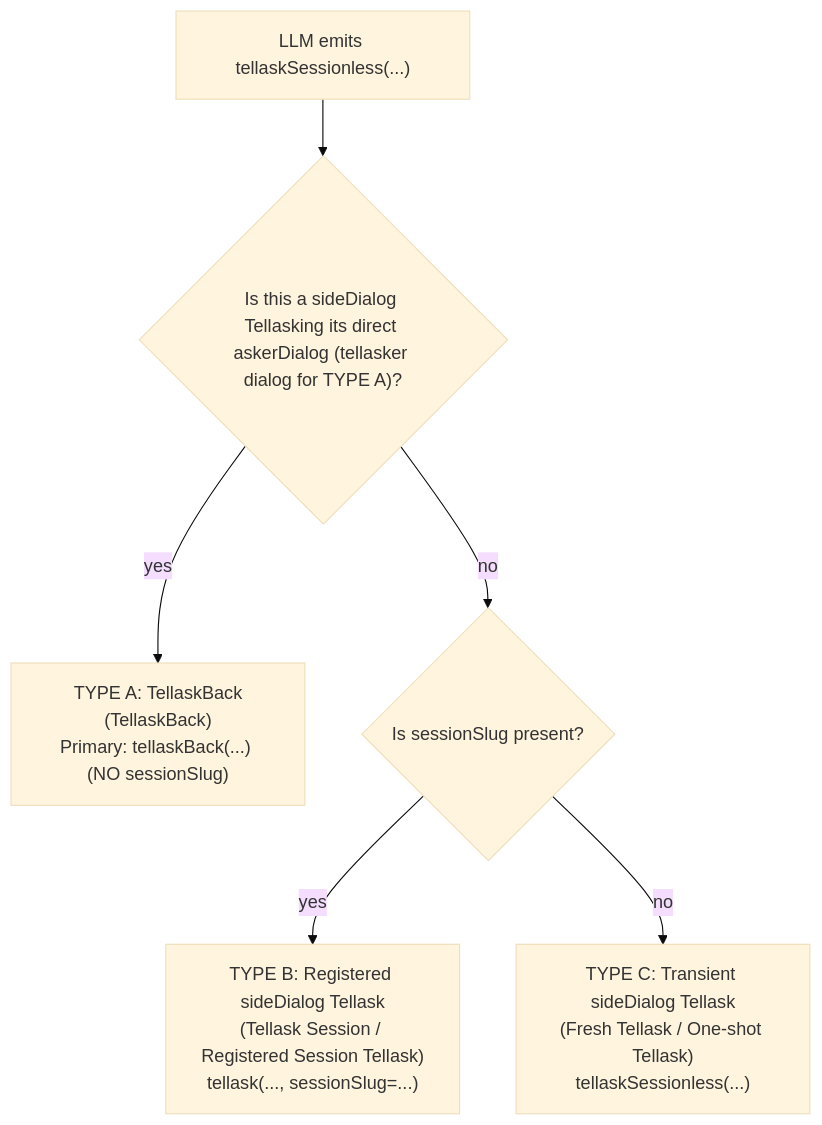
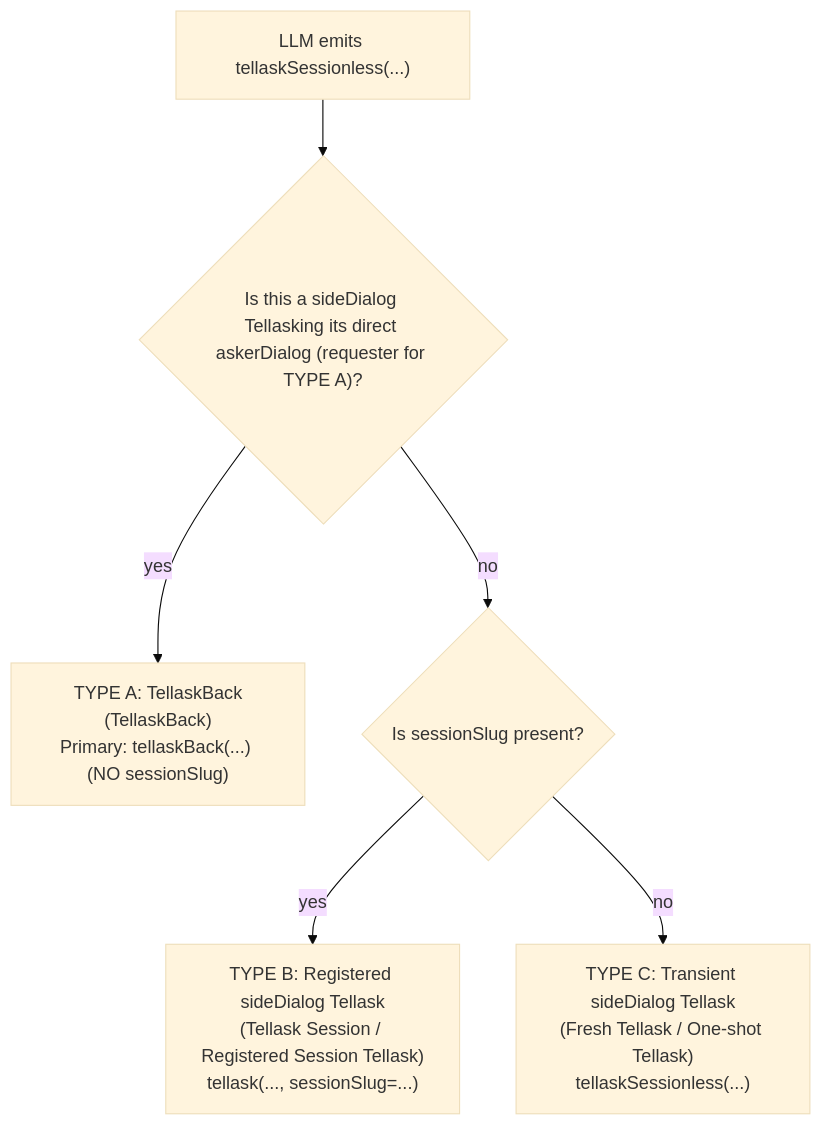
One commit to longrun-ai/dominds changed the first of 18 diagrams in docs/dialog-system.md. Above: the diagram before and after it, drawn with Mermaid (base theme). The commit also changed other lines of this file and 105 other files, not shown here.

````diff
--- a/docs/dialog-system.md
+++ b/docs/dialog-system.md
@@ -213,8 +213,8 @@
 ```mermaid
 flowchart TD
-  M["LLM emits tellaskSessionless(...)"] --> Q{"Is this a sideDialog Tellasking its direct askerDialog (tellasker dialog for TYPE A)?"}
+  M["LLM emits tellaskSessionless(...)"] --> Q{"Is this a sideDialog Tellasking its direct askerDialog (requester for TYPE A)?"}
   Q -- yes --> A["TYPE A: TellaskBack<br/>(TellaskBack)<br/>Primary: tellaskBack(...) (NO sessionSlug)"]
   Q -- no --> T{Is sessionSlug present?}
   T -- yes --> B["TYPE B: Registered sideDialog Tellask<br/>(Tellask Session / Registered Session Tellask)<br/>tellask(..., sessionSlug=...)"]
   T -- no --> C["TYPE C: Transient sideDialog Tellask<br/>(Fresh Tellask / One-shot Tellask)<br/>tellaskSessionless(...)"]
 ```
````
